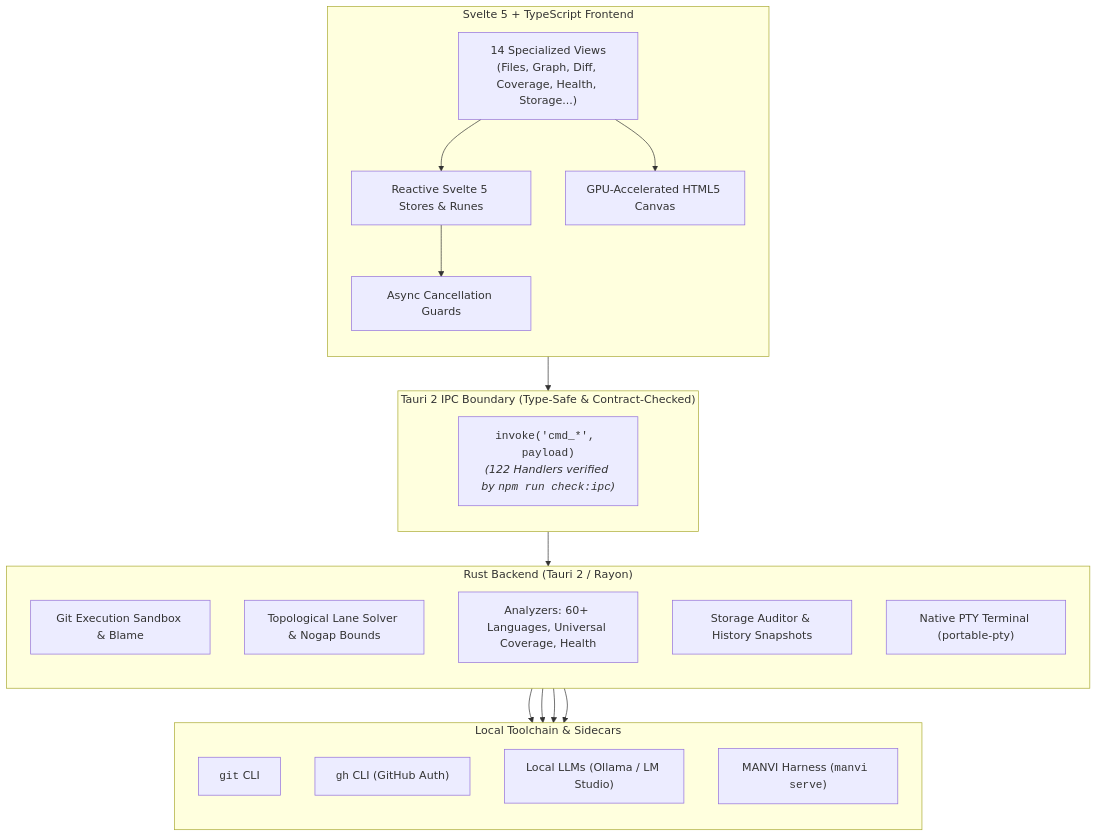
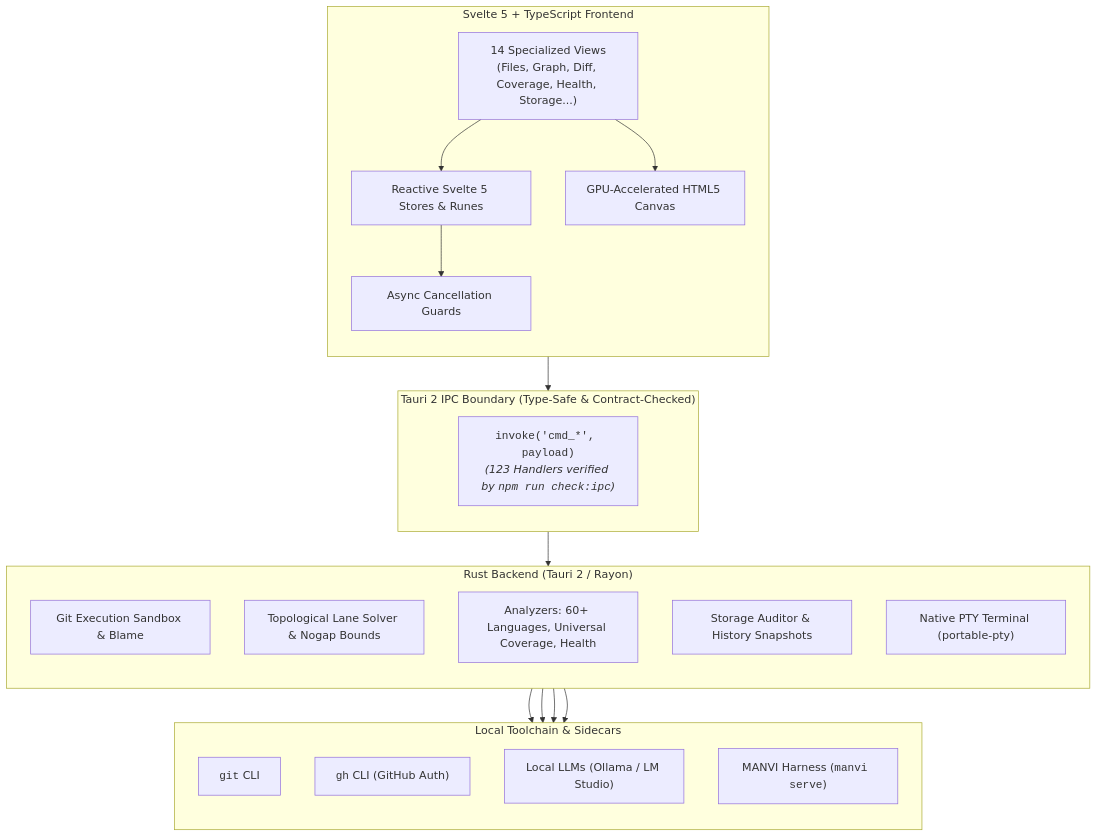
The first of 4 diagrams in README.md (bharathvbcr/GitPulse), drawn with Mermaid before and after one commit. The commit also changed other lines of this file and 12 other files, not shown here.

````diff
--- a/README.md
+++ b/README.md
@@ -41,43 +41,43 @@
 ```mermaid
 flowchart TB
     subgraph Frontend["Svelte 5 + TypeScript Frontend"]
         direction TB
         Views["14 Specialized Views<br/>(Files, Graph, Diff, Coverage, Health, Storage...)"]
         Stores["Reactive Svelte 5 Stores & Runes"]
         CanvasEngine["GPU-Accelerated HTML5 Canvas"]
         AsyncGuards["Async Cancellation Guards"]
         
         Views --> Stores
         Views --> CanvasEngine
         Stores --> AsyncGuards
     end
 
     subgraph IPC["Tauri 2 IPC Boundary (Type-Safe & Contract-Checked)"]
         direction TB
-        IPCBridge["<code>invoke('cmd_*', payload)</code><br/><i>(122 Handlers verified by <code>npm run check:ipc</code>)</i>"]
+        IPCBridge["<code>invoke('cmd_*', payload)</code><br/><i>(123 Handlers verified by <code>npm run check:ipc</code>)</i>"]
     end
 
     subgraph Backend["Rust Backend (Tauri 2 / Rayon)"]
         direction TB
         GitSandbox["Git Execution Sandbox & Blame"]
         GraphSolver["Topological Lane Solver & Nogap Bounds"]
         Analyzers["Analyzers: 60+ Languages, Universal Coverage, Health"]
         StorageEngine["Storage Auditor & History Snapshots"]
         TerminalPTY["Native PTY Terminal (portable-pty)"]
     end
 
     subgraph LocalTools["Local Toolchain & Sidecars"]
         direction TB
         GitCLI["<code>git</code> CLI"]
         GhCLI["<code>gh</code> CLI (GitHub Auth)"]
         LocalAI["Local LLMs (Ollama / LM Studio)"]
         ManviSidecar["MANVI Harness (<code>manvi serve</code>)"]
     end
 
     AsyncGuards --> IPCBridge
     IPCBridge --> Backend
     GitSandbox --> GitCLI
     Analyzers --> GhCLI
     Analyzers --> LocalAI
     Backend --> ManviSidecar
 ```
````
